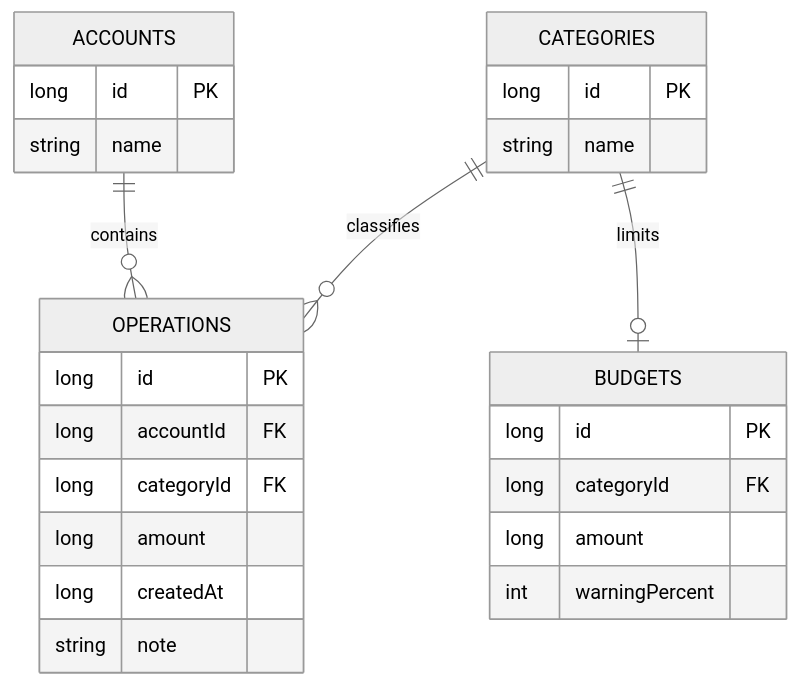
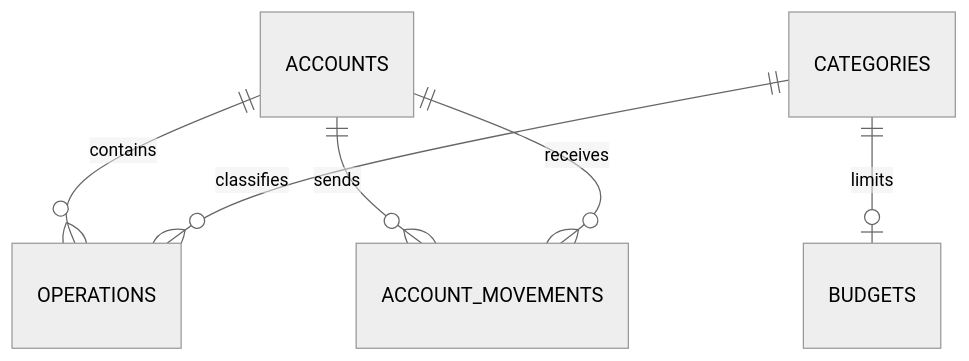
The diagram in DSMMP/Lab5/README.md (sudo-odner/university), drawn with Mermaid (neutral theme) before and after one commit. The commit also changed other lines of this file and 10 other files, not shown here.

````diff
--- a/DSMMP/Lab5/README.md
+++ b/DSMMP/Lab5/README.md
@@ -7,20 +9,8 @@
 ```mermaid
 erDiagram
     ACCOUNTS ||--o{ OPERATIONS : contains
     CATEGORIES ||--o{ OPERATIONS : classifies
     CATEGORIES ||--o| BUDGETS : limits
-    ACCOUNTS { long id PK
-        string name }
-    CATEGORIES { long id PK
-        string name }
-    OPERATIONS { long id PK
-        long accountId FK
-        long categoryId FK
-        long amount
-        long createdAt
-        string note }
-    BUDGETS { long id PK
-        long categoryId FK
-        long amount
-        int warningPercent }
+    ACCOUNTS ||--o{ ACCOUNT_MOVEMENTS : sends
+    ACCOUNTS ||--o{ ACCOUNT_MOVEMENTS : receives
 ```
````
